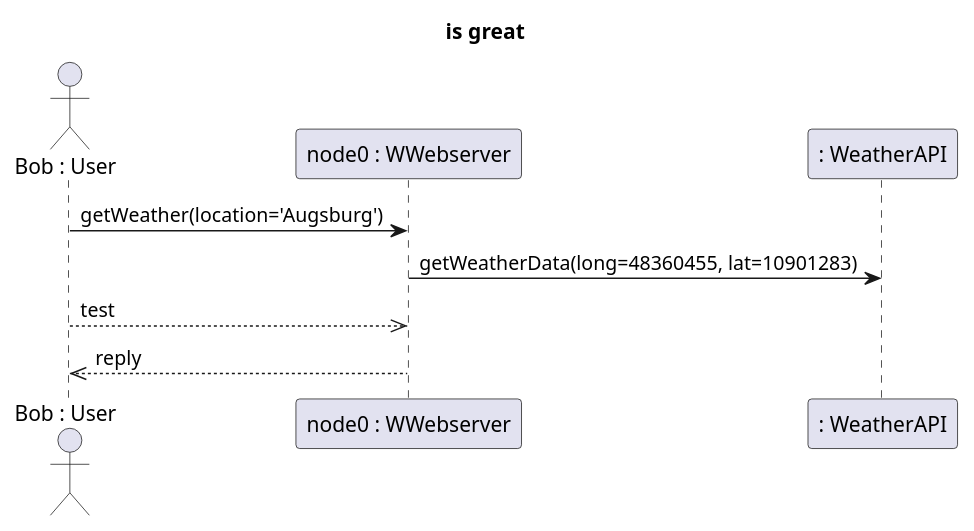
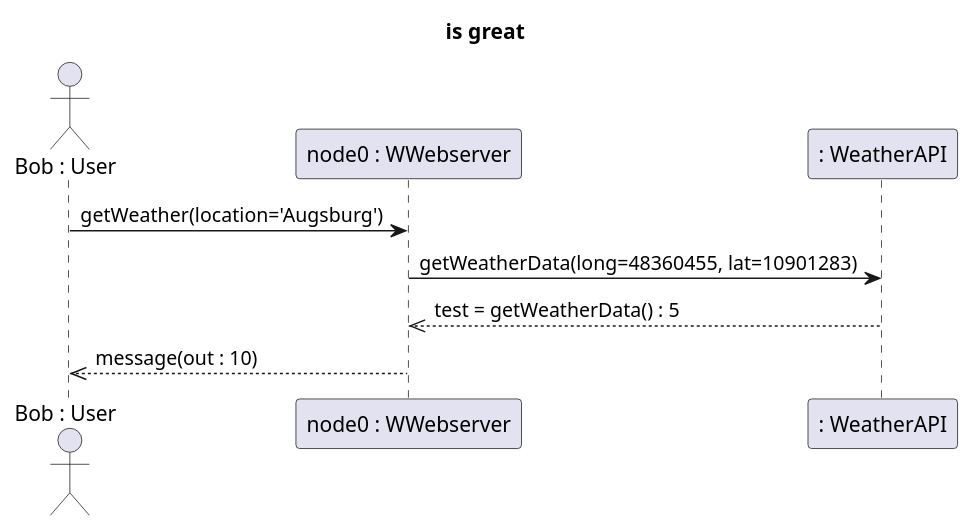
Before and after one commit to elite-se/mdd-puml-to-uml: the diagram in qvto/models/example.plantuml, drawn with PlantUML. The commit also changed 2 other files, not shown here.

```diff
--- a/qvto/models/example.plantuml
+++ b/qvto/models/example.plantuml
@@ -1,11 +1,11 @@
 @startuml
 title Weather API
 title is great
 actor "Bob : User" as Bob
 participant "node0 : WWebserver" as node0
 participant ": WeatherAPI"
 Bob -> node0: getWeather(location='Augsburg')
 node0 -> ": WeatherAPI" : getWeatherData(long=48360455, lat=10901283)
-node0 <<-- Bob: test
-Bob <<-- node0: reply
+node0 <<-- ": WeatherAPI" : test = getWeatherData() : 5
+Bob <<-- node0 : message(out : 10)
 @enduml
```
